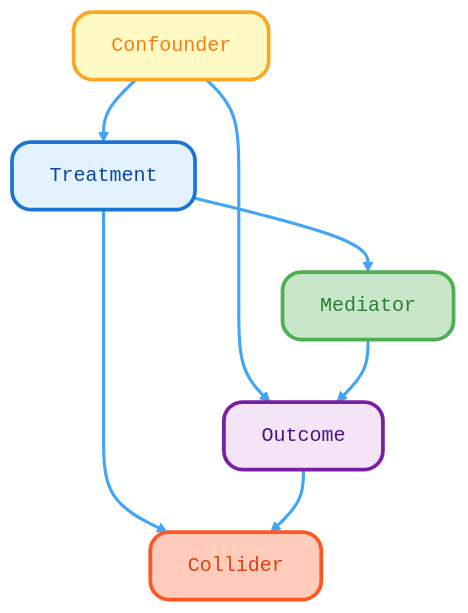
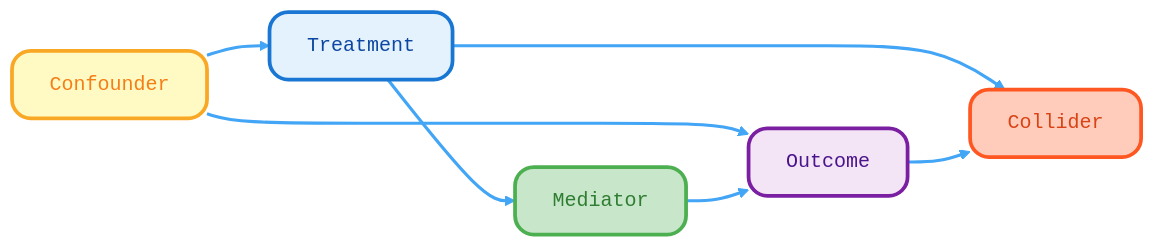
Before and after one commit to ronikobrosly/scipy_2026_causal_inference_tutorial: diagram 12 of 20 in slides/Introduction to Causal Inference/slides.md, drawn with Mermaid. The commit also changed other lines of this file and 8 other files, not shown here.

````diff
--- a/slides/Introduction to Causal Inference/slides.md
+++ b/slides/Introduction to Causal Inference/slides.md
@@ -871,24 +919,24 @@
 ```mermaid
 %%{init: {'theme':'base', 'themeVariables': { 'fontFamily':'Fira Code, monospace'}, 'flowchart': {'htmlLabels': true, 'useMaxWidth': true}}}%%
-graph TD
+graph LR
     CF["<div style='text-align:center;font-family:Fira Code,monospace'>Confounder</div>"]:::confounder
     T["<div style='text-align:center;font-family:Fira Code,monospace'>Treatment</div>"]:::treatment
     O["<div style='text-align:center;font-family:Fira Code,monospace'>Outcome</div>"]:::outcome
     M["<div style='text-align:center;font-family:Fira Code,monospace'>Mediator</div>"]:::mediator
     CL["<div style='text-align:center;font-family:Fira Code,monospace'>Collider</div>"]:::collider
 
     CF --> T
     CF --> O
     T --> M
     M --> O
     T --> CL
     O --> CL
 
     classDef confounder fill:#fff9c4,stroke:#f9a825,stroke-width:3px,color:#f57f17,rx:15,ry:15
     classDef treatment fill:#e3f2fd,stroke:#1976d2,stroke-width:3px,color:#0d47a1,rx:15,ry:15
     classDef outcome fill:#f3e5f5,stroke:#7b1fa2,stroke-width:3px,color:#4a148c,rx:15,ry:15
     classDef mediator fill:#c8e6c9,stroke:#4caf50,stroke-width:3px,color:#2e7d32,rx:15,ry:15
     classDef collider fill:#ffccbc,stroke:#ff5722,stroke-width:3px,color:#d84315,rx:15,ry:15
 
     linkStyle default stroke:#42a5f5,stroke-width:2.5px
 ```
````
